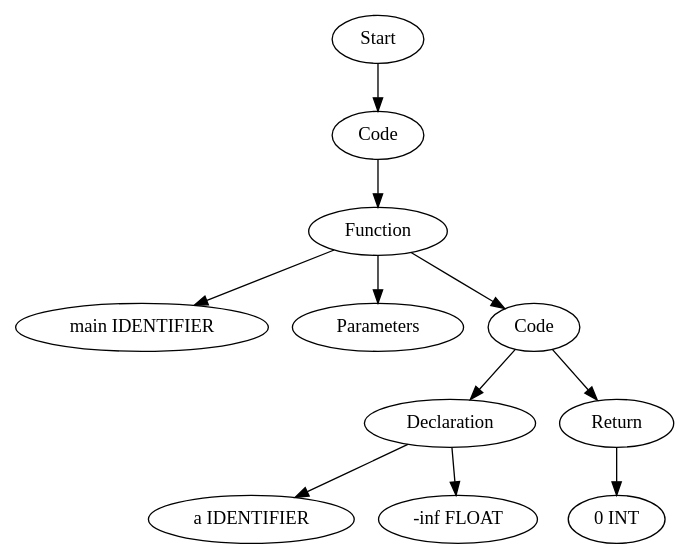
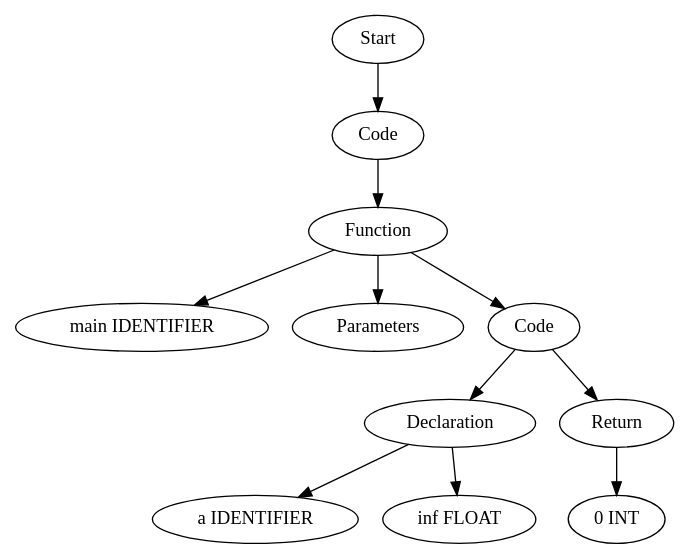
The diagram in TestCases/ASTTests/ConstantFoldingTests/createTests/read_file_after.dot (Are-you-listening/Compilers), drawn with Graphviz before and after one commit. The commit also changed 316 other files, not shown here.

```diff
--- a/TestCases/ASTTests/ConstantFoldingTests/createTests/read_file_after.dot
+++ b/TestCases/ASTTests/ConstantFoldingTests/createTests/read_file_after.dot
@@ -1,23 +1,23 @@
 digraph AST {
-  "129530593619792" [label="Start"];
-  "129530593619792" -> "129530593615568";
-  "129530593615568" [label="Code"];
-  "129530593615568" -> "129530593619360";
-  "129530593619360" [label="Function"];
-  "129530593619360" -> "129530593620176";
-  "129530593619360" -> "129530593620320";
-  "129530593619360" -> "129530593620464";
-  "129530593620176" [label="main IDENTIFIER"];
-  "129530593620320" [label="Parameters"];
-  "129530593620464" [label="Code"];
-  "129530593620464" -> "129530593620656";
-  "129530593620464" -> "129530593621088";
-  "129530593620656" [label="Declaration"];
-  "129530593620656" -> "129530593620848";
-  "129530593620656" -> "129530593620992";
-  "129530593620848" [label="a IDENTIFIER"];
-  "129530593620992" [label="-inf FLOAT"];
-  "129530593621088" [label="Return"];
-  "129530593621088" -> "129530593621280";
-  "129530593621280" [label="0 INT"];
+  "130732814294352" [label="Start"];
+  "130732814294352" -> "130732814294688";
+  "130732814294688" [label="Code"];
+  "130732814294688" -> "130732814294880";
+  "130732814294880" [label="Function"];
+  "130732814294880" -> "130732814295072";
+  "130732814294880" -> "130732814295216";
+  "130732814294880" -> "130732814295360";
+  "130732814295072" [label="main IDENTIFIER"];
+  "130732814295216" [label="Parameters"];
+  "130732814295360" [label="Code"];
+  "130732814295360" -> "130732814295552";
+  "130732814295360" -> "130732814295984";
+  "130732814295552" [label="Declaration"];
+  "130732814295552" -> "130732814295744";
+  "130732814295552" -> "130732814295888";
+  "130732814295744" [label="a IDENTIFIER"];
+  "130732814295888" [label="inf FLOAT"];
+  "130732814295984" [label="Return"];
+  "130732814295984" -> "130732814296176";
+  "130732814296176" [label="0 INT"];
 }
```
